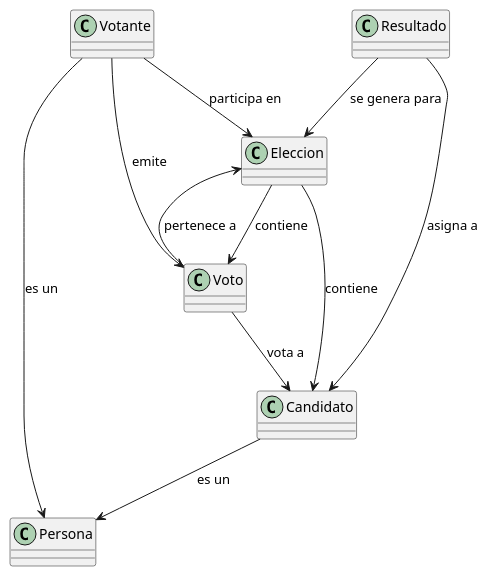
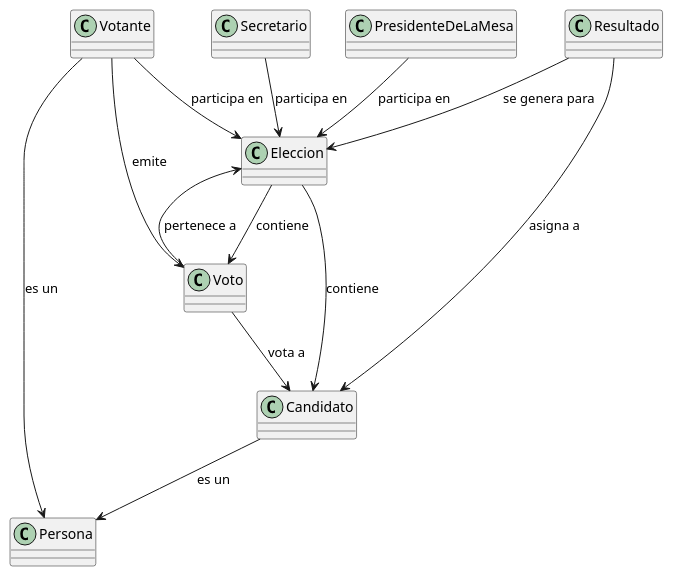
Before and after one commit to mmasias/24-25-IdSw1: the diagram in entregas/oteroJorge/10-10/Votacion.puml, drawn with PlantUML. The commit also changed 2 other files, not shown here.

Commit message:
Agregacion de Secretario y Presidente

```diff
--- a/entregas/oteroJorge/10-10/Votacion.puml
+++ b/entregas/oteroJorge/10-10/Votacion.puml
@@ -1,31 +1,39 @@
 @startuml Votacion
 class Eleccion {
 }
 
 class Candidato {
 }
 
 class Persona {
 }
 
 class Votante {
 }
 
 class Voto {
 }
 
 class Resultado {
 }
 
+class Secretario {
+}
+
+class PresidenteDeLaMesa {
+}
+
 Eleccion --> Candidato : "contiene"
 Eleccion --> Voto : "contiene"
 Candidato --> Persona : "es un"
 Votante --> Persona : "es un"
 Votante --> Voto : "emite"
 Voto --> Eleccion : "pertenece a"
 Voto --> Candidato : "vota a"
 Resultado --> Eleccion : "se genera para"
 Resultado --> Candidato : "asigna a"
 Votante --> Eleccion : "participa en"
+Secretario --> Eleccion : "participa en"
+PresidenteDeLaMesa --> Eleccion : "participa en"
 
 @enduml
```
